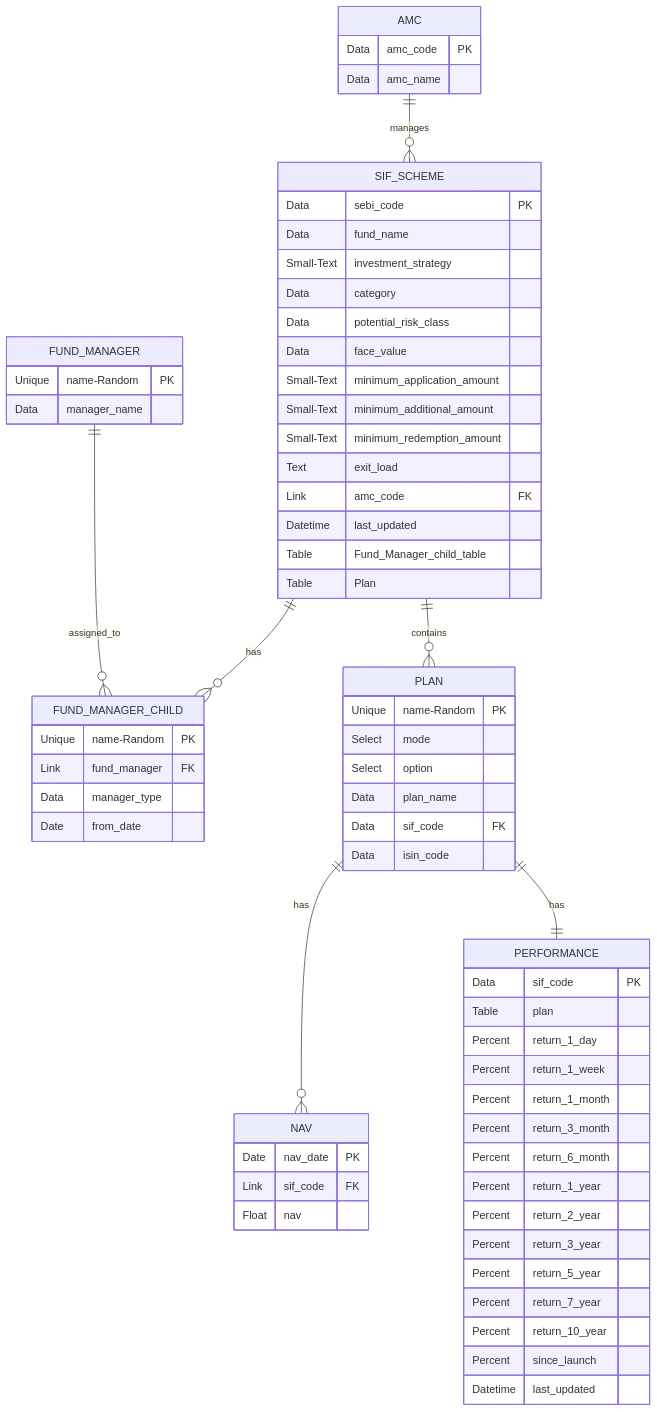
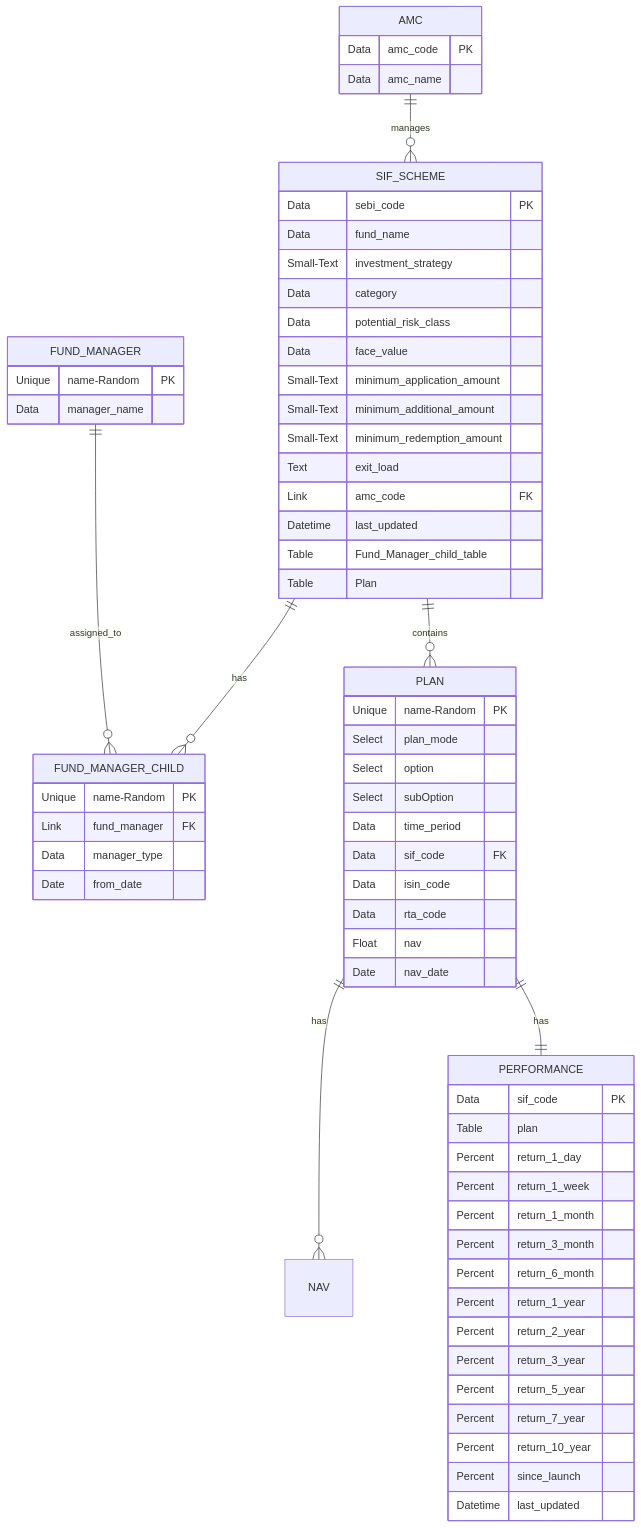
Before and after one commit to Satyam4755/My_SIF: the diagram in sif_app/DOCTYPE architecture ER diagram.md, drawn with Mermaid. The commit also changed 7 other files, not shown here.

Commit message:
updated ER Diagram for better structure, V-3.0

```diff
--- a/sif_app/DOCTYPE architecture ER diagram.md
+++ b/sif_app/DOCTYPE architecture ER diagram.md
@@ -55,20 +55,16 @@
     PLAN {
         Unique name-Random PK
 
-        Select mode
+        Select plan_mode
         Select option
+        Select subOption
+        Data time_period
 
-        Data plan_name
         Data sif_code FK
         Data isin_code
-    }
-
-    NAV {
-
-        Date nav_date PK
-
-        Link sif_code FK
+        Data rta_code
         Float nav
+        Date nav_date
     }
 
     PERFORMANCE {
```
